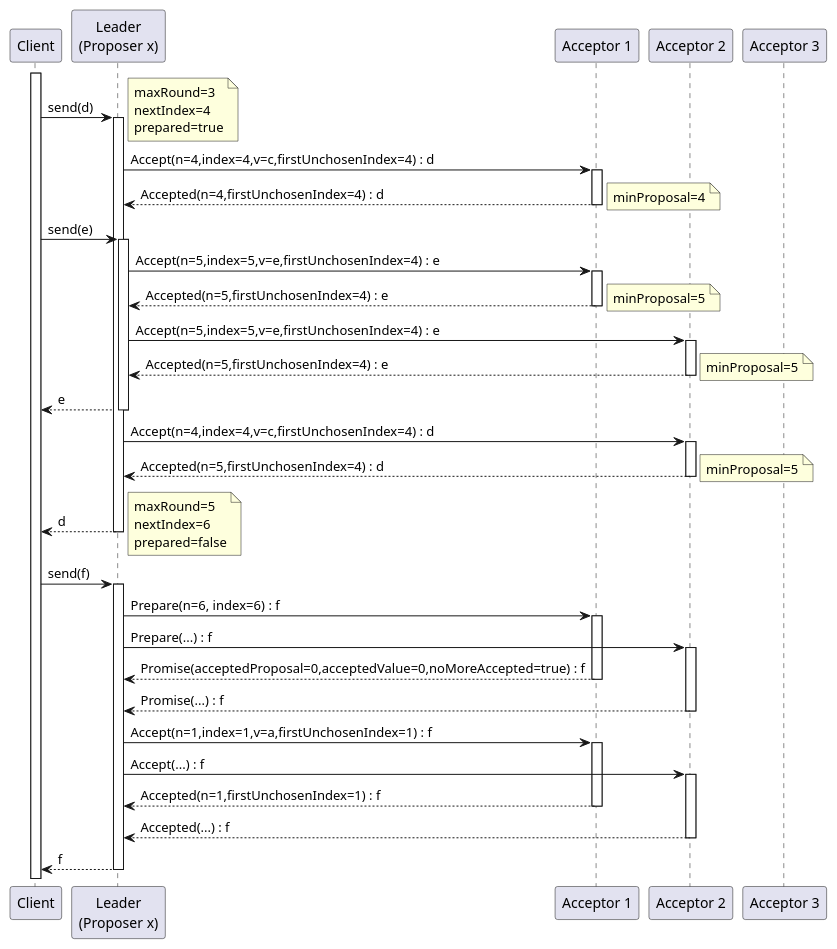
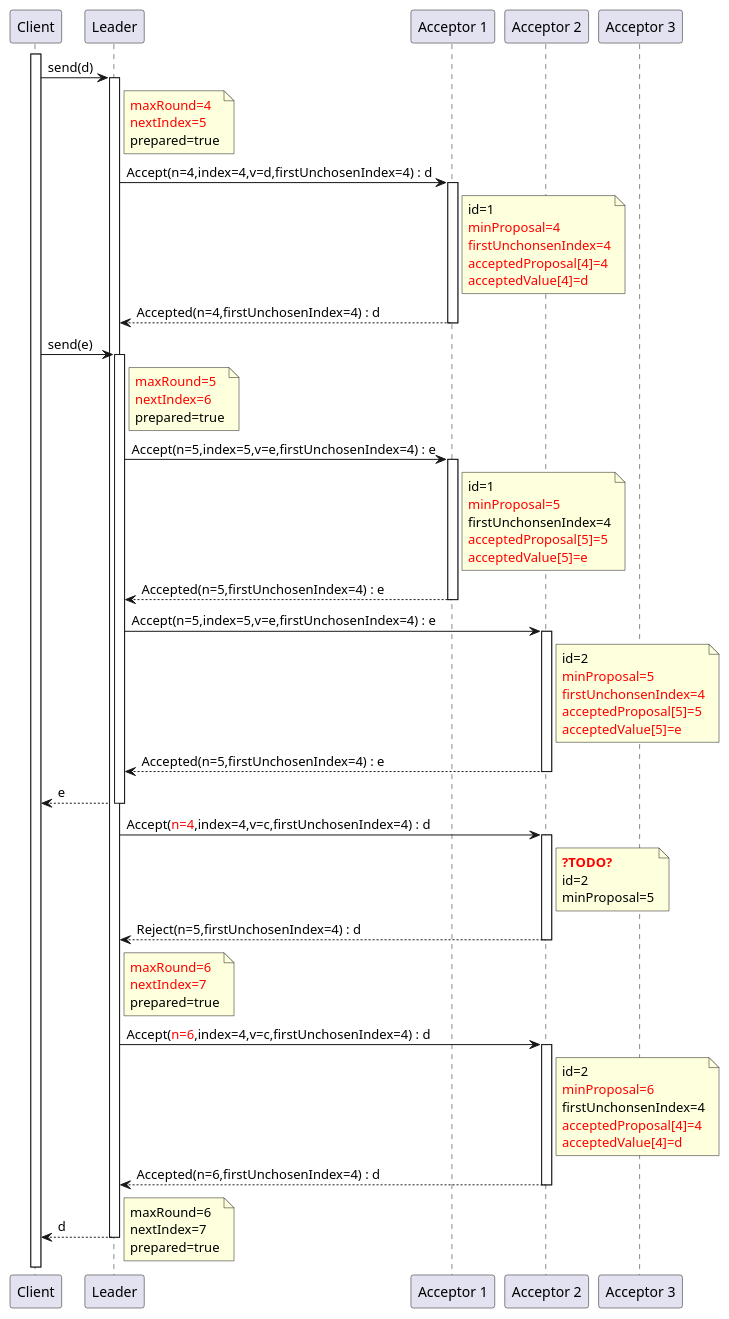
The third of 3 diagrams in src/pages/posts/distribution-paxos-multi.adoc (nocnob/notfound), drawn with PlantUML before and after one commit. The commit also changed other lines of this file, not shown here.

Commit message:
修改：     src/pages/posts/distribution-paxos-multi.adoc

```diff
--- a/src/pages/posts/distribution-paxos-multi.adoc
+++ b/src/pages/posts/distribution-paxos-multi.adoc
@@ -169,65 +224,95 @@
 ----
 @startuml
 participant Client as c
-participant "Leader\n(Proposer x)" as l
+participant "Leader" as l
 participant "Acceptor 1" as a1
 participant "Acceptor 2" as a2
 participant "Acceptor 3" as a3
 
 activate c
 c -> l : send(d)
-note right: maxRound=3\nnextIndex=4\nprepared=true
+note right l
+    <font color=red>maxRound=4
+    <font color=red>nextIndex=5
+    prepared=true
+end note
 activate l
-    l -> a1 : Accept(n=4,index=4,v=c,firstUnchosenIndex=4) : d
+    l -> a1 : Accept(n=4,index=4,v=d,firstUnchosenIndex=4) : d
     activate a1
+    note right a1
+        id=1
+        <font color=red>minProposal=4
+        <font color=red>firstUnchonsenIndex=4
+        <font color=red>acceptedProposal[4]=4
+        <font color=red>acceptedValue[4]=d
+    end note
     l <-- a1 : Accepted(n=4,firstUnchosenIndex=4) : d
-    note right: minProposal=4
     deactivate a1
 
 c -> l : send(e)
 activate l
+note right l
+    <font color=red>maxRound=5
+    <font color=red>nextIndex=6
+    prepared=true
+end note
     l -> a1 : Accept(n=5,index=5,v=e,firstUnchosenIndex=4) : e
+    note right a1
+        id=1
+        <font color=red>minProposal=5
+        firstUnchonsenIndex=4
+        <font color=red>acceptedProposal[5]=5
+        <font color=red>acceptedValue[5]=e
+    end note
     activate a1
     l <-- a1 : Accepted(n=5,firstUnchosenIndex=4) : e
-    note right: minProposal=5
     deactivate a1
     l -> a2 : Accept(n=5,index=5,v=e,firstUnchosenIndex=4) : e
     activate a2
+    note right a2
+        id=2
+        <font color=red>minProposal=5
+        <font color=red>firstUnchonsenIndex=4
+        <font color=red>acceptedProposal[5]=5
+        <font color=red>acceptedValue[5]=e
+    end note
     l <-- a2 : Accepted(n=5,firstUnchosenIndex=4) : e
-    note right: minProposal=5
     deactivate a2
 c <-- l : e
 deactivate l
 
-    l -> a2 : Accept(n=4,index=4,v=c,firstUnchosenIndex=4) : d
+    l -> a2 : Accept(<font color=red>n=4</font>,index=4,v=c,firstUnchosenIndex=4) : d
     activate a2
-    l <-- a2 : Accepted(n=5,firstUnchosenIndex=4) : d
-    note right: minProposal=5
+    note right a2
+        <b><font color=red>?TODO?
+        id=2
+        minProposal=5
+    end note
+    l <-- a2 : Reject(n=5,firstUnchosenIndex=4) : d
+    deactivate a2
+
+    note right l
+        <font color=red>maxRound=6
+        <font color=red>nextIndex=7
+        prepared=true
+    end note
+    l -> a2 : Accept(<font color=red>n=6</font>,index=4,v=c,firstUnchosenIndex=4) : d
+    activate a2
+    note right a2
+        id=2
+        <font color=red>minProposal=6
+        firstUnchonsenIndex=4
+        <font color=red>acceptedProposal[4]=4
+        <font color=red>acceptedValue[4]=d
+    end note
+    l <-- a2 : Accepted(n=6,firstUnchosenIndex=4) : d
     deactivate a2
 c <-- l : d
 deactivate l
-
-note right: maxRound=5\nnextIndex=6\nprepared=false
-c -> l : send(f)
-activate l
-    l -> a1 : Prepare(n=6, index=6) : f
-    activate a1
-    l -> a2 : Prepare(...) : f
-    activate a2
-    l <-- a1 : Promise(acceptedProposal=0,acceptedValue=0,noMoreAccepted=true) : f
-    deactivate a1
-    l <-- a2 : Promise(...) : f
-    deactivate a2
-
-    l -> a1 : Accept(n=1,index=1,v=a,firstUnchosenIndex=1) : f
-    activate a1
-    l -> a2 : Accept(...) : f
-    activate a2
-    l <-- a1 : Accepted(n=1,firstUnchosenIndex=1) : f
-    deactivate a1
-    l <-- a2 : Accepted(...) : f
-    deactivate a2
-c <-- l : f
-deactivate l
+note right
+    maxRound=6
+    nextIndex=7
+    prepared=true
+end note
 @enduml
 ----
```
